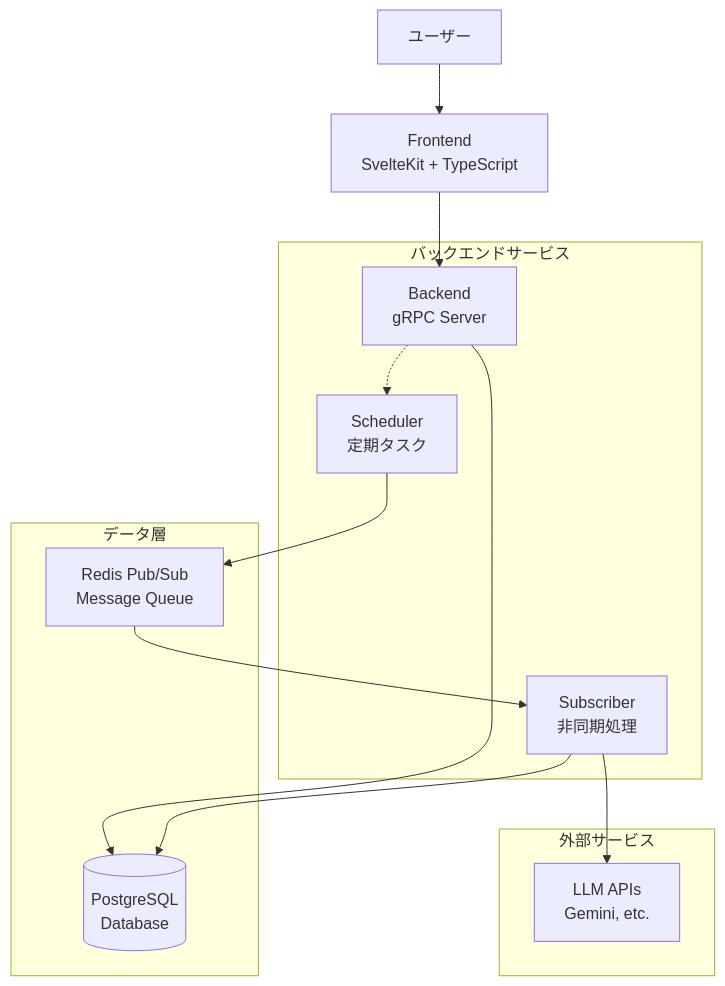
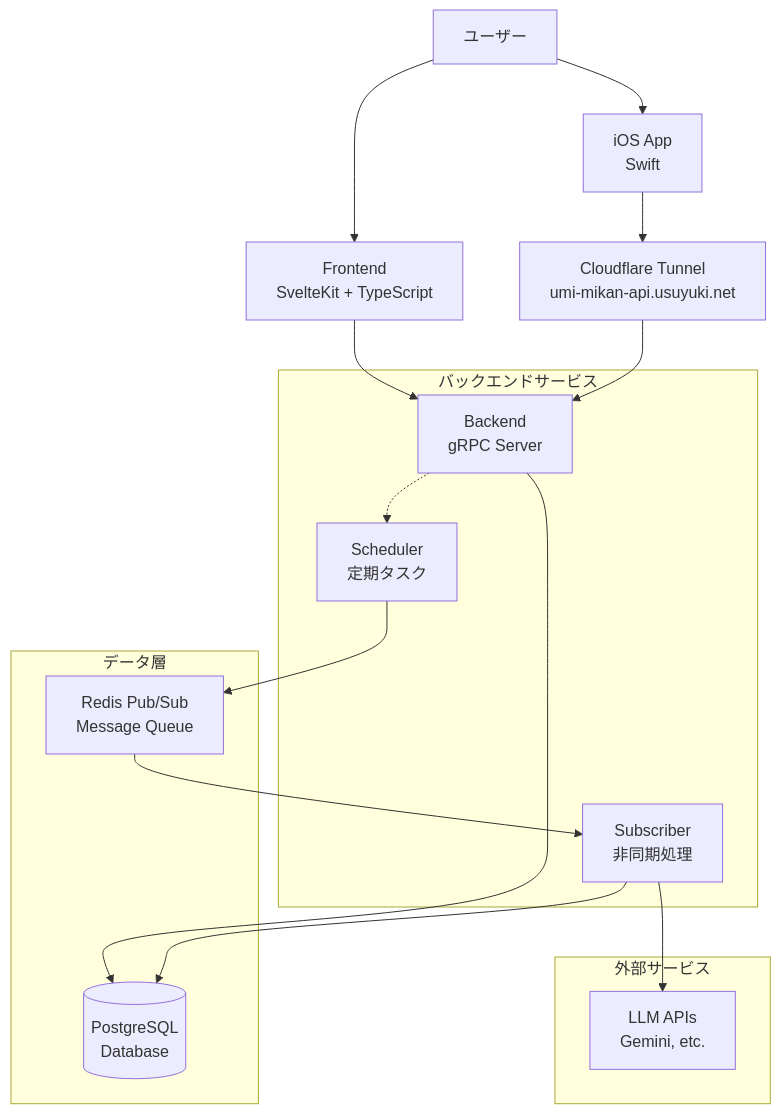
The diagram in README.md (project-mikan/umi.mikan), drawn with Mermaid before and after one commit. The commit also changed other lines of this file and 1 other file, not shown here.

Commit message:
fix docuemnt更新

````diff
--- a/README.md
+++ b/README.md
@@ -38,28 +38,31 @@
 ```mermaid
 graph TB
     User[ユーザー] --> Frontend[Frontend<br/>SvelteKit + TypeScript]
+    User --> iOS[iOS App<br/>Swift]
     Frontend --> Backend[Backend<br/>gRPC Server]
+    iOS --> Cloudflare[Cloudflare Tunnel<br/>umi-mikan-api.usuyuki.net]
+    Cloudflare --> Backend
     Backend --> DB[(PostgreSQL<br/>Database)]
 
     Scheduler[Scheduler<br/>定期タスク] --> Redis[Redis Pub/Sub<br/>Message Queue]
     Redis --> Subscriber[Subscriber<br/>非同期処理]
     Subscriber --> LLM[LLM APIs<br/>Gemini, etc.]
 
     Backend -.-> Scheduler
     Subscriber --> DB
 
     subgraph "バックエンドサービス"
         Backend
         Scheduler
         Subscriber
     end
 
     subgraph "データ層"
         DB
         Redis
     end
 
     subgraph "外部サービス"
         LLM
     end
 ```
````
